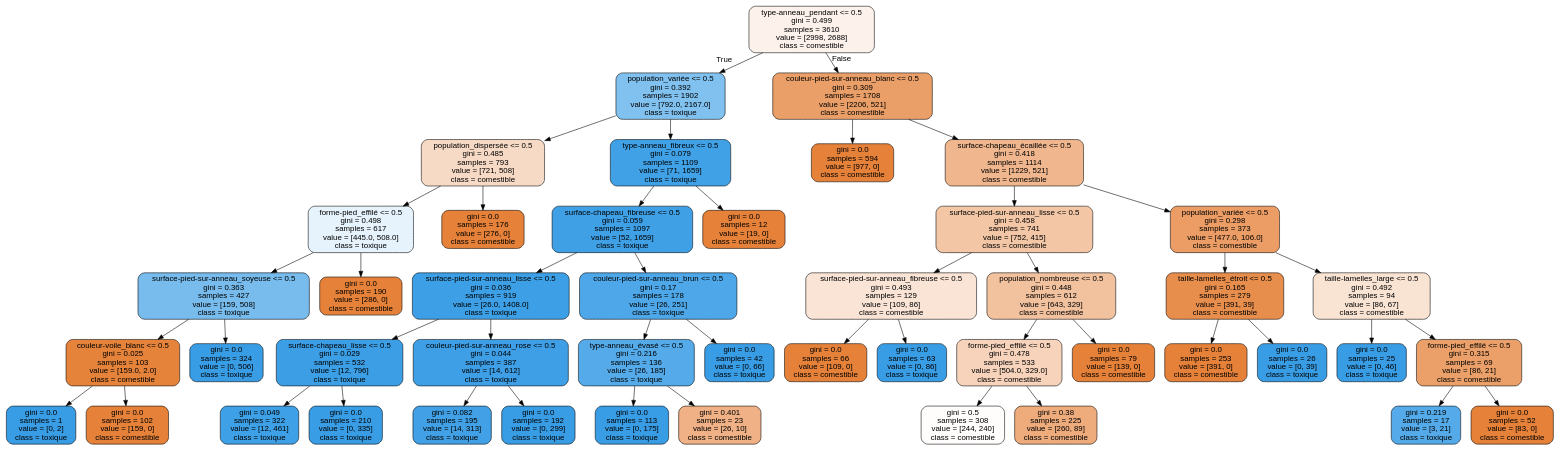
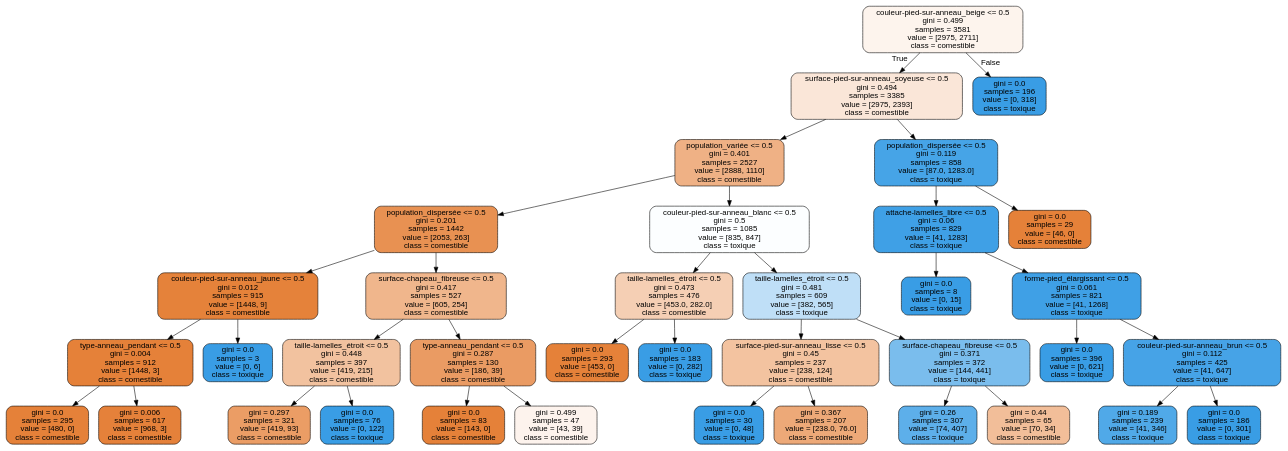
The diagram in TP/mushroom_tree_2.dot (Laurent-Pa/DataScience-MachineLearning), drawn with Graphviz before and after one commit. The commit also changed 9 other files, not shown here.

```diff
--- a/TP/mushroom_tree_2.dot
+++ b/TP/mushroom_tree_2.dot
@@ -1,97 +1,77 @@
 digraph Tree {
 node [shape=box, style="filled, rounded", color="black", fontname="helvetica"] ;
 edge [fontname="helvetica"] ;
-0 [label="type-anneau_pendant <= 0.5\ngini = 0.499\nsamples = 3610\nvalue = [2998, 2688]\nclass = comestible", fillcolor="#fcf2eb"] ;
-1 [label="population_variée <= 0.5\ngini = 0.392\nsamples = 1902\nvalue = [792.0, 2167.0]\nclass = toxique", fillcolor="#81c1ef"] ;
+0 [label="couleur-pied-sur-anneau_beige <= 0.5\ngini = 0.499\nsamples = 3581\nvalue = [2975, 2711]\nclass = comestible", fillcolor="#fdf4ed"] ;
+1 [label="surface-pied-sur-anneau_soyeuse <= 0.5\ngini = 0.494\nsamples = 3385\nvalue = [2975, 2393]\nclass = comestible", fillcolor="#fae6d8"] ;
 0 -> 1 [labeldistance=2.5, labelangle=45, headlabel="True"] ;
-2 [label="population_dispersée <= 0.5\ngini = 0.485\nsamples = 793\nvalue = [721, 508]\nclass = comestible", fillcolor="#f7dac5"] ;
+2 [label="population_variée <= 0.5\ngini = 0.401\nsamples = 2527\nvalue = [2888, 1110]\nclass = comestible", fillcolor="#efb185"] ;
 1 -> 2 ;
-3 [label="forme-pied_effilé <= 0.5\ngini = 0.498\nsamples = 617\nvalue = [445.0, 508.0]\nclass = toxique", fillcolor="#e6f3fc"] ;
+3 [label="population_dispersée <= 0.5\ngini = 0.201\nsamples = 1442\nvalue = [2053, 263]\nclass = comestible", fillcolor="#e89152"] ;
 2 -> 3 ;
-4 [label="surface-pied-sur-anneau_soyeuse <= 0.5\ngini = 0.363\nsamples = 427\nvalue = [159, 508]\nclass = toxique", fillcolor="#77bced"] ;
+4 [label="couleur-pied-sur-anneau_jaune <= 0.5\ngini = 0.012\nsamples = 915\nvalue = [1448, 9]\nclass = comestible", fillcolor="#e5823a"] ;
 3 -> 4 ;
-5 [label="couleur-voile_blanc <= 0.5\ngini = 0.025\nsamples = 103\nvalue = [159.0, 2.0]\nclass = comestible", fillcolor="#e5833b"] ;
+5 [label="type-anneau_pendant <= 0.5\ngini = 0.004\nsamples = 912\nvalue = [1448, 3]\nclass = comestible", fillcolor="#e58139"] ;
 4 -> 5 ;
-6 [label="gini = 0.0\nsamples = 1\nvalue = [0, 2]\nclass = toxique", fillcolor="#399de5"] ;
+6 [label="gini = 0.0\nsamples = 295\nvalue = [480, 0]\nclass = comestible", fillcolor="#e58139"] ;
 5 -> 6 ;
-7 [label="gini = 0.0\nsamples = 102\nvalue = [159, 0]\nclass = comestible", fillcolor="#e58139"] ;
+7 [label="gini = 0.006\nsamples = 617\nvalue = [968, 3]\nclass = comestible", fillcolor="#e5813a"] ;
 5 -> 7 ;
-8 [label="gini = 0.0\nsamples = 324\nvalue = [0, 506]\nclass = toxique", fillcolor="#399de5"] ;
+8 [label="gini = 0.0\nsamples = 3\nvalue = [0, 6]\nclass = toxique", fillcolor="#399de5"] ;
 4 -> 8 ;
-9 [label="gini = 0.0\nsamples = 190\nvalue = [286, 0]\nclass = comestible", fillcolor="#e58139"] ;
+9 [label="surface-chapeau_fibreuse <= 0.5\ngini = 0.417\nsamples = 527\nvalue = [605, 254]\nclass = comestible", fillcolor="#f0b68c"] ;
 3 -> 9 ;
-10 [label="gini = 0.0\nsamples = 176\nvalue = [276, 0]\nclass = comestible", fillcolor="#e58139"] ;
-2 -> 10 ;
-11 [label="type-anneau_fibreux <= 0.5\ngini = 0.079\nsamples = 1109\nvalue = [71, 1659]\nclass = toxique", fillcolor="#41a1e6"] ;
-1 -> 11 ;
-12 [label="surface-chapeau_fibreuse <= 0.5\ngini = 0.059\nsamples = 1097\nvalue = [52, 1659]\nclass = toxique", fillcolor="#3fa0e6"] ;
-11 -> 12 ;
-13 [label="surface-pied-sur-anneau_lisse <= 0.5\ngini = 0.036\nsamples = 919\nvalue = [26.0, 1408.0]\nclass = toxique", fillcolor="#3d9fe5"] ;
-12 -> 13 ;
-14 [label="surface-chapeau_lisse <= 0.5\ngini = 0.029\nsamples = 532\nvalue = [12, 796]\nclass = toxique", fillcolor="#3c9ee5"] ;
+10 [label="taille-lamelles_étroit <= 0.5\ngini = 0.448\nsamples = 397\nvalue = [419, 215]\nclass = comestible", fillcolor="#f2c29f"] ;
+9 -> 10 ;
+11 [label="gini = 0.297\nsamples = 321\nvalue = [419, 93]\nclass = comestible", fillcolor="#eb9d65"] ;
+10 -> 11 ;
+12 [label="gini = 0.0\nsamples = 76\nvalue = [0, 122]\nclass = toxique", fillcolor="#399de5"] ;
+10 -> 12 ;
+13 [label="type-anneau_pendant <= 0.5\ngini = 0.287\nsamples = 130\nvalue = [186, 39]\nclass = comestible", fillcolor="#ea9b63"] ;
+9 -> 13 ;
+14 [label="gini = 0.0\nsamples = 83\nvalue = [143, 0]\nclass = comestible", fillcolor="#e58139"] ;
 13 -> 14 ;
-15 [label="gini = 0.049\nsamples = 322\nvalue = [12, 461]\nclass = toxique", fillcolor="#3ea0e6"] ;
-14 -> 15 ;
-16 [label="gini = 0.0\nsamples = 210\nvalue = [0, 335]\nclass = toxique", fillcolor="#399de5"] ;
-14 -> 16 ;
-17 [label="couleur-pied-sur-anneau_rose <= 0.5\ngini = 0.044\nsamples = 387\nvalue = [14, 612]\nclass = toxique", fillcolor="#3e9fe6"] ;
-13 -> 17 ;
-18 [label="gini = 0.082\nsamples = 195\nvalue = [14, 313]\nclass = toxique", fillcolor="#42a1e6"] ;
+15 [label="gini = 0.499\nsamples = 47\nvalue = [43, 39]\nclass = comestible", fillcolor="#fdf3ed"] ;
+13 -> 15 ;
+16 [label="couleur-pied-sur-anneau_blanc <= 0.5\ngini = 0.5\nsamples = 1085\nvalue = [835, 847]\nclass = toxique", fillcolor="#fcfeff"] ;
+2 -> 16 ;
+17 [label="taille-lamelles_étroit <= 0.5\ngini = 0.473\nsamples = 476\nvalue = [453.0, 282.0]\nclass = comestible", fillcolor="#f5cfb4"] ;
+16 -> 17 ;
+18 [label="gini = 0.0\nsamples = 293\nvalue = [453, 0]\nclass = comestible", fillcolor="#e58139"] ;
 17 -> 18 ;
-19 [label="gini = 0.0\nsamples = 192\nvalue = [0, 299]\nclass = toxique", fillcolor="#399de5"] ;
+19 [label="gini = 0.0\nsamples = 183\nvalue = [0, 282]\nclass = toxique", fillcolor="#399de5"] ;
 17 -> 19 ;
-20 [label="couleur-pied-sur-anneau_brun <= 0.5\ngini = 0.17\nsamples = 178\nvalue = [26, 251]\nclass = toxique", fillcolor="#4ea7e8"] ;
-12 -> 20 ;
-21 [label="type-anneau_évasé <= 0.5\ngini = 0.216\nsamples = 136\nvalue = [26, 185]\nclass = toxique", fillcolor="#55abe9"] ;
+20 [label="taille-lamelles_étroit <= 0.5\ngini = 0.481\nsamples = 609\nvalue = [382, 565]\nclass = toxique", fillcolor="#bfdff7"] ;
+16 -> 20 ;
+21 [label="surface-pied-sur-anneau_lisse <= 0.5\ngini = 0.45\nsamples = 237\nvalue = [238, 124]\nclass = comestible", fillcolor="#f3c3a0"] ;
 20 -> 21 ;
-22 [label="gini = 0.0\nsamples = 113\nvalue = [0, 175]\nclass = toxique", fillcolor="#399de5"] ;
+22 [label="gini = 0.0\nsamples = 30\nvalue = [0, 48]\nclass = toxique", fillcolor="#399de5"] ;
 21 -> 22 ;
-23 [label="gini = 0.401\nsamples = 23\nvalue = [26, 10]\nclass = comestible", fillcolor="#efb185"] ;
+23 [label="gini = 0.367\nsamples = 207\nvalue = [238.0, 76.0]\nclass = comestible", fillcolor="#eda978"] ;
 21 -> 23 ;
-24 [label="gini = 0.0\nsamples = 42\nvalue = [0, 66]\nclass = toxique", fillcolor="#399de5"] ;
+24 [label="surface-chapeau_fibreuse <= 0.5\ngini = 0.371\nsamples = 372\nvalue = [144, 441]\nclass = toxique", fillcolor="#7abded"] ;
 20 -> 24 ;
-25 [label="gini = 0.0\nsamples = 12\nvalue = [19, 0]\nclass = comestible", fillcolor="#e58139"] ;
-11 -> 25 ;
-26 [label="couleur-pied-sur-anneau_blanc <= 0.5\ngini = 0.309\nsamples = 1708\nvalue = [2206, 521]\nclass = comestible", fillcolor="#eb9f68"] ;
-0 -> 26 [labeldistance=2.5, labelangle=-45, headlabel="False"] ;
-27 [label="gini = 0.0\nsamples = 594\nvalue = [977, 0]\nclass = comestible", fillcolor="#e58139"] ;
-26 -> 27 ;
-28 [label="surface-chapeau_écaillée <= 0.5\ngini = 0.418\nsamples = 1114\nvalue = [1229, 521]\nclass = comestible", fillcolor="#f0b68d"] ;
-26 -> 28 ;
-29 [label="surface-pied-sur-anneau_lisse <= 0.5\ngini = 0.458\nsamples = 741\nvalue = [752, 415]\nclass = comestible", fillcolor="#f3c7a6"] ;
+25 [label="gini = 0.26\nsamples = 307\nvalue = [74, 407]\nclass = toxique", fillcolor="#5dafea"] ;
+24 -> 25 ;
+26 [label="gini = 0.44\nsamples = 65\nvalue = [70, 34]\nclass = comestible", fillcolor="#f2be99"] ;
+24 -> 26 ;
+27 [label="population_dispersée <= 0.5\ngini = 0.119\nsamples = 858\nvalue = [87.0, 1283.0]\nclass = toxique", fillcolor="#46a4e7"] ;
+1 -> 27 ;
+28 [label="attache-lamelles_libre <= 0.5\ngini = 0.06\nsamples = 829\nvalue = [41, 1283]\nclass = toxique", fillcolor="#3fa0e6"] ;
+27 -> 28 ;
+29 [label="gini = 0.0\nsamples = 8\nvalue = [0, 15]\nclass = toxique", fillcolor="#399de5"] ;
 28 -> 29 ;
-30 [label="surface-pied-sur-anneau_fibreuse <= 0.5\ngini = 0.493\nsamples = 129\nvalue = [109, 86]\nclass = comestible", fillcolor="#fae4d5"] ;
-29 -> 30 ;
-31 [label="gini = 0.0\nsamples = 66\nvalue = [109, 0]\nclass = comestible", fillcolor="#e58139"] ;
+30 [label="forme-pied_élargissant <= 0.5\ngini = 0.061\nsamples = 821\nvalue = [41, 1268]\nclass = toxique", fillcolor="#3fa0e6"] ;
+28 -> 30 ;
+31 [label="gini = 0.0\nsamples = 396\nvalue = [0, 621]\nclass = toxique", fillcolor="#399de5"] ;
 30 -> 31 ;
-32 [label="gini = 0.0\nsamples = 63\nvalue = [0, 86]\nclass = toxique", fillcolor="#399de5"] ;
+32 [label="couleur-pied-sur-anneau_brun <= 0.5\ngini = 0.112\nsamples = 425\nvalue = [41, 647]\nclass = toxique", fillcolor="#46a3e7"] ;
 30 -> 32 ;
-33 [label="population_nombreuse <= 0.5\ngini = 0.448\nsamples = 612\nvalue = [643, 329]\nclass = comestible", fillcolor="#f2c19e"] ;
-29 -> 33 ;
-34 [label="forme-pied_effilé <= 0.5\ngini = 0.478\nsamples = 533\nvalue = [504.0, 329.0]\nclass = comestible", fillcolor="#f6d3ba"] ;
-33 -> 34 ;
-35 [label="gini = 0.5\nsamples = 308\nvalue = [244, 240]\nclass = comestible", fillcolor="#fffdfc"] ;
-34 -> 35 ;
-36 [label="gini = 0.38\nsamples = 225\nvalue = [260, 89]\nclass = comestible", fillcolor="#eeac7d"] ;
-34 -> 36 ;
-37 [label="gini = 0.0\nsamples = 79\nvalue = [139, 0]\nclass = comestible", fillcolor="#e58139"] ;
-33 -> 37 ;
-38 [label="population_variée <= 0.5\ngini = 0.298\nsamples = 373\nvalue = [477.0, 106.0]\nclass = comestible", fillcolor="#eb9d65"] ;
-28 -> 38 ;
-39 [label="taille-lamelles_étroit <= 0.5\ngini = 0.165\nsamples = 279\nvalue = [391, 39]\nclass = comestible", fillcolor="#e88e4d"] ;
-38 -> 39 ;
-40 [label="gini = 0.0\nsamples = 253\nvalue = [391, 0]\nclass = comestible", fillcolor="#e58139"] ;
-39 -> 40 ;
-41 [label="gini = 0.0\nsamples = 26\nvalue = [0, 39]\nclass = toxique", fillcolor="#399de5"] ;
-39 -> 41 ;
-42 [label="taille-lamelles_large <= 0.5\ngini = 0.492\nsamples = 94\nvalue = [86, 67]\nclass = comestible", fillcolor="#f9e3d3"] ;
-38 -> 42 ;
-43 [label="gini = 0.0\nsamples = 25\nvalue = [0, 46]\nclass = toxique", fillcolor="#399de5"] ;
-42 -> 43 ;
-44 [label="forme-pied_effilé <= 0.5\ngini = 0.315\nsamples = 69\nvalue = [86, 21]\nclass = comestible", fillcolor="#eba069"] ;
-42 -> 44 ;
-45 [label="gini = 0.219\nsamples = 17\nvalue = [3, 21]\nclass = toxique", fillcolor="#55abe9"] ;
-44 -> 45 ;
-46 [label="gini = 0.0\nsamples = 52\nvalue = [83, 0]\nclass = comestible", fillcolor="#e58139"] ;
-44 -> 46 ;
+33 [label="gini = 0.189\nsamples = 239\nvalue = [41, 346]\nclass = toxique", fillcolor="#50a9e8"] ;
+32 -> 33 ;
+34 [label="gini = 0.0\nsamples = 186\nvalue = [0, 301]\nclass = toxique", fillcolor="#399de5"] ;
+32 -> 34 ;
+35 [label="gini = 0.0\nsamples = 29\nvalue = [46, 0]\nclass = comestible", fillcolor="#e58139"] ;
+27 -> 35 ;
+36 [label="gini = 0.0\nsamples = 196\nvalue = [0, 318]\nclass = toxique", fillcolor="#399de5"] ;
+0 -> 36 [labeldistance=2.5, labelangle=-45, headlabel="False"] ;
 }
```
